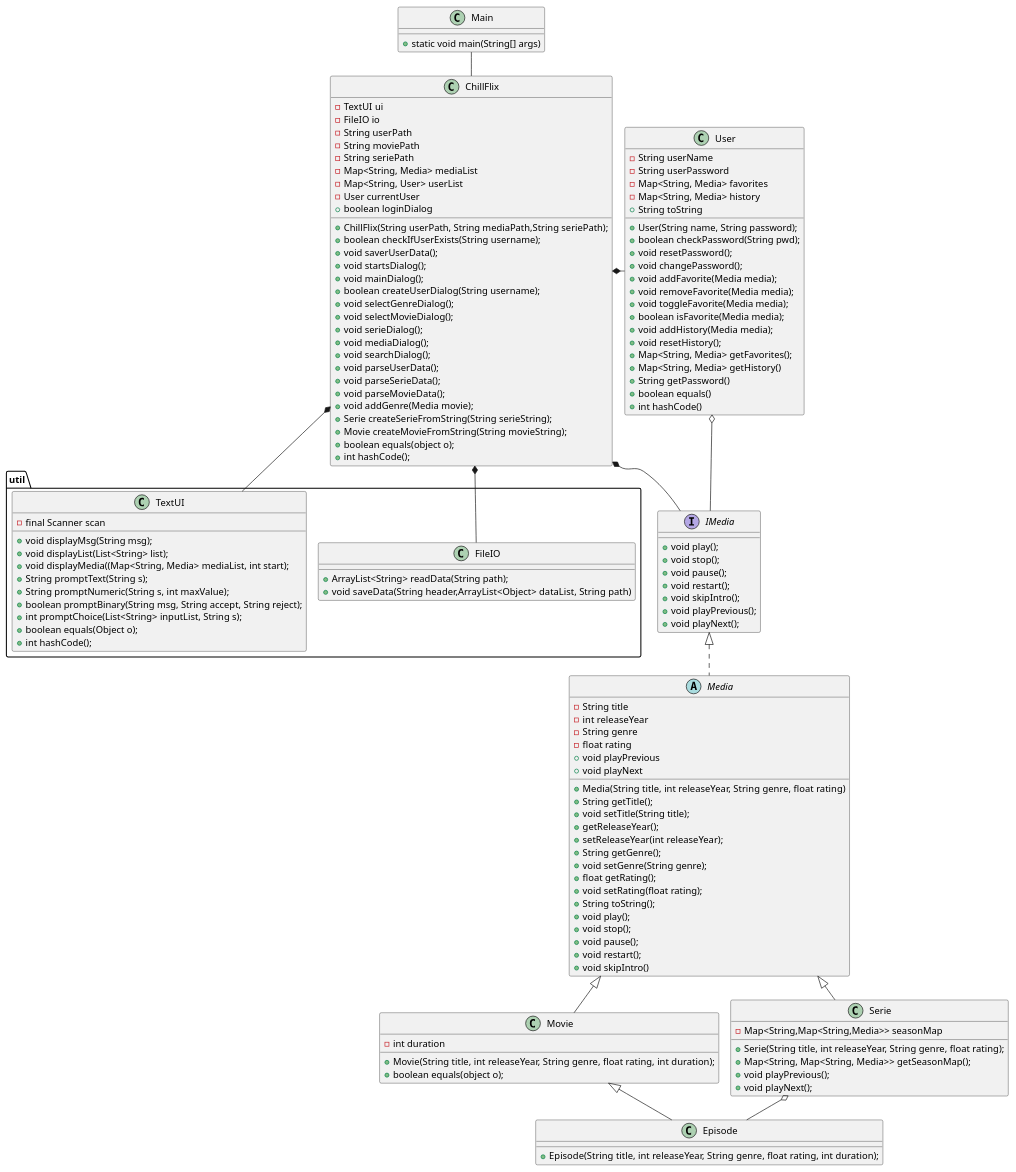
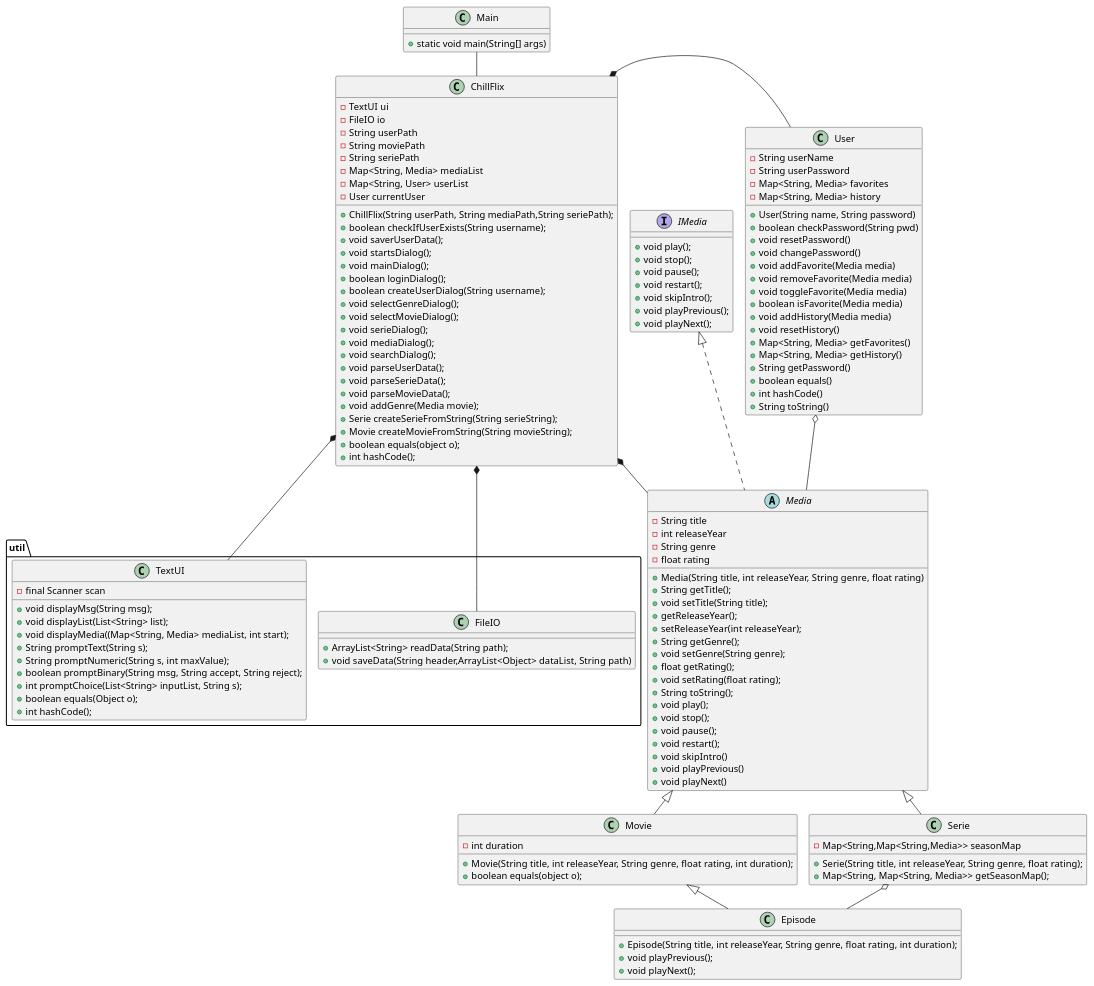
Before and after one commit to Falcho/SP3: the diagram in docs/classDiagram.puml, drawn with PlantUML.

Commit message:
rettet stavefejl i klassediagram

```diff
--- a/docs/classDiagram.puml
+++ b/docs/classDiagram.puml
@@ -1,149 +1,150 @@
 @startuml
 'https://plantuml.com/class-diagram
 !pragma layout smetana
 
 Class Main{
 +static void main(String[] args)
 }
 
 Class ChillFlix{
 -TextUI ui
 -FileIO io
 -String userPath
 -String moviePath
 -String seriePath
 -Map<String, Media> mediaList
 -Map<String, User> userList
 -User currentUser
 +ChillFlix(String userPath, String mediaPath,String seriePath);
 +boolean checkIfUserExists(String username);
 +void saverUserData();
 +void startsDialog();
 +void mainDialog();
-+boolean loginDialog
++boolean loginDialog();
 +boolean createUserDialog(String username);
 +void selectGenreDialog();
 +void selectMovieDialog();
 +void serieDialog();
 +void mediaDialog();
 +void searchDialog();
 +void parseUserData();
 +void parseSerieData();
 +void parseMovieData();
 +void addGenre(Media movie);
 +Serie createSerieFromString(String serieString);
 +Movie createMovieFromString(String movieString);
 +boolean equals(object o);
 +int hashCode();
 }
 
 
 Class User{
 -String userName
 -String userPassword
 -Map<String, Media> favorites
 -Map<String, Media> history
-+User(String name, String password);
-+boolean checkPassword(String pwd);
-+void resetPassword();
-+void changePassword();
-+void addFavorite(Media media);
-+void removeFavorite(Media media);
-+void toggleFavorite(Media media);
-+boolean isFavorite(Media media);
-+void addHistory(Media media);
-+void resetHistory();
-+Map<String, Media> getFavorites();
++User(String name, String password)
++boolean checkPassword(String pwd)
++void resetPassword()
++void changePassword()
++void addFavorite(Media media)
++void removeFavorite(Media media)
++void toggleFavorite(Media media)
++boolean isFavorite(Media media)
++void addHistory(Media media)
++void resetHistory()
++Map<String, Media> getFavorites()
 +Map<String, Media> getHistory()
 +String getPassword()
 +boolean equals()
 +int hashCode()
-+String toString
++String toString()
 }
 
 Interface IMedia{
 +void play();
 +void stop();
 +void pause();
 +void restart();
 +void skipIntro();
 +void playPrevious();
 +void playNext();
 }
 abstract Class Media{
 -String title
 -int releaseYear
 -String genre
 -float rating
 +Media(String title, int releaseYear, String genre, float rating)
 +String getTitle();
 +void setTitle(String title);
 +getReleaseYear();
 +setReleaseYear(int releaseYear);
 +String getGenre();
 +void setGenre(String genre);
 +float getRating();
 +void setRating(float rating);
 +String toString();
 +void play();
 +void stop();
 +void pause();
 +void restart();
 +void skipIntro()
-+void playPrevious
-+void playNext
++void playPrevious()
++void playNext()
 }
 
 Class Movie {
 -int duration
 +Movie(String title, int releaseYear, String genre, float rating, int duration);
 +boolean equals(object o);
 }
 
 Class Serie{
 -Map<String,Map<String,Media>> seasonMap
 +Serie(String title, int releaseYear, String genre, float rating);
 +Map<String, Map<String, Media>> getSeasonMap();
-+void playPrevious();
-+ void playNext();
+
 }
 
 
 Class Episode{
 +Episode(String title, int releaseYear, String genre, float rating, int duration);
++void playPrevious();
++void playNext();
 }
 package util {
     Class FileIO{
     +ArrayList<String> readData(String path);
     +void saveData(String header,ArrayList<Object> dataList, String path)
     }
 
 
     Class TextUI{
     - final Scanner scan
     +void displayMsg(String msg);
     +void displayList(List<String> list);
     +void displayMedia((Map<String, Media> mediaList, int start);
     +String promptText(String s);
     +String promptNumeric(String s, int maxValue);
     +boolean promptBinary(String msg, String accept, String reject);
     +int promptChoice(List<String> inputList, String s);
     +boolean equals(Object o);
     +int hashCode();
     }
 }
 
 
 Movie <|-- Episode
 Media <|-- Movie
 Media <|-- Serie
 Serie o-- Episode
 IMedia <|.. Media
 ChillFlix *- User
-ChillFlix *-- IMedia
+ChillFlix *-- Media
 ChillFlix *-- FileIO
 ChillFlix *-- TextUI
 Main -- ChillFlix
-User o- IMedia
+User o- Media
 
 @enduml
```
